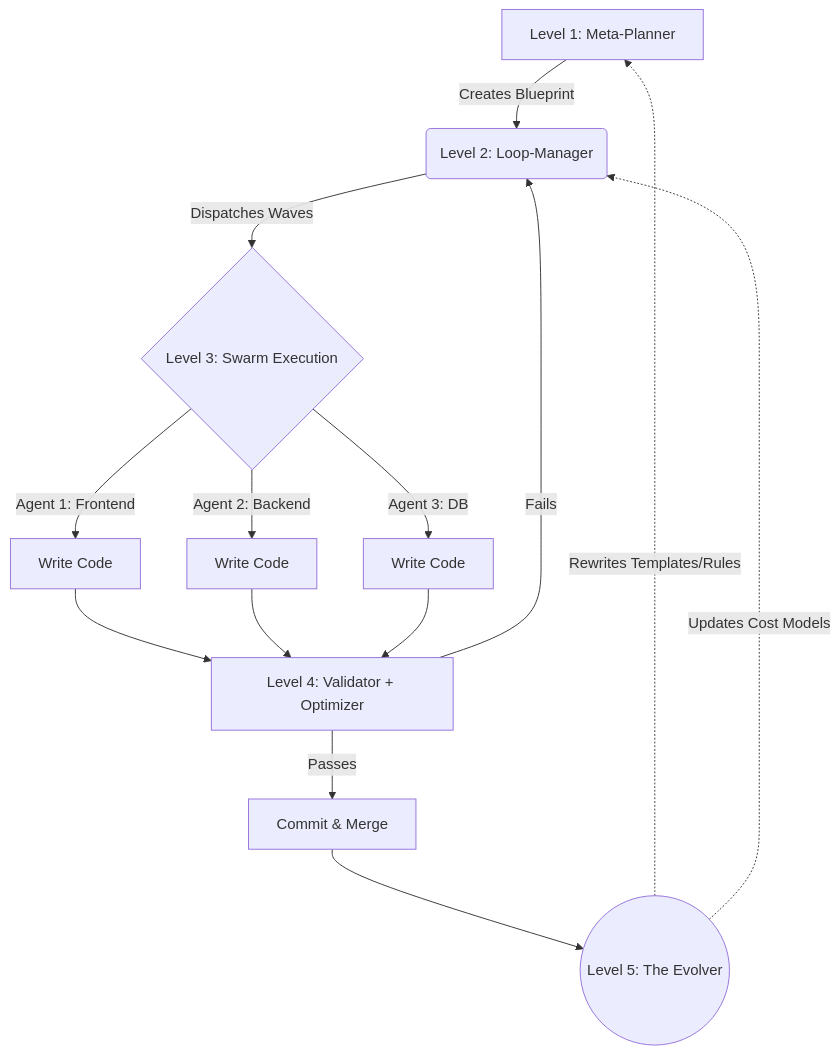
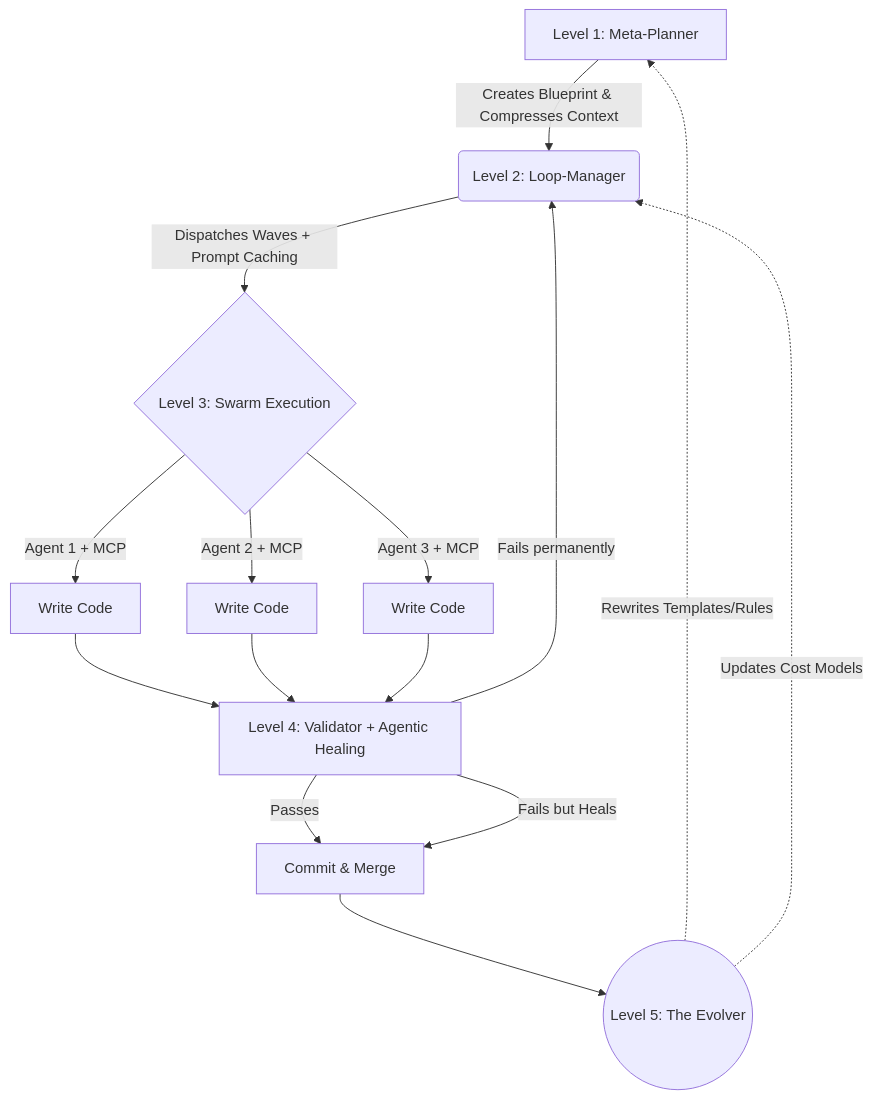
The diagram in ARCHITECTURE.md (caramaschiHG/helix-loops), drawn with Mermaid before and after one commit. The commit also changed other lines of this file and 8 other files, not shown here.

````diff
--- a/ARCHITECTURE.md
+++ b/ARCHITECTURE.md
@@ -7,16 +7,17 @@
 ```mermaid
 graph TD
-    A[Level 1: Meta-Planner] -->|Creates Blueprint| B(Level 2: Loop-Manager)
-    B -->|Dispatches Waves| C{Level 3: Swarm Execution}
-    C -->|Agent 1: Frontend| D1[Write Code]
-    C -->|Agent 2: Backend| D2[Write Code]
-    C -->|Agent 3: DB| D3[Write Code]
-    D1 --> E[Level 4: Validator + Optimizer]
+    A[Level 1: Meta-Planner] -->|Creates Blueprint & Compresses Context| B(Level 2: Loop-Manager)
+    B -->|Dispatches Waves + Prompt Caching| C{Level 3: Swarm Execution}
+    C -->|Agent 1 + MCP| D1[Write Code]
+    C -->|Agent 2 + MCP| D2[Write Code]
+    C -->|Agent 3 + MCP| D3[Write Code]
+    D1 --> E[Level 4: Validator + Agentic Healing]
     D2 --> E
     D3 --> E
     E -->|Passes| F[Commit & Merge]
-    E -->|Fails| B
+    E -->|Fails but Heals| F
+    E -->|Fails permanently| B
     F --> G((Level 5: The Evolver))
     G -.->|Rewrites Templates/Rules| A
     G -.->|Updates Cost Models| B
 ```
````
